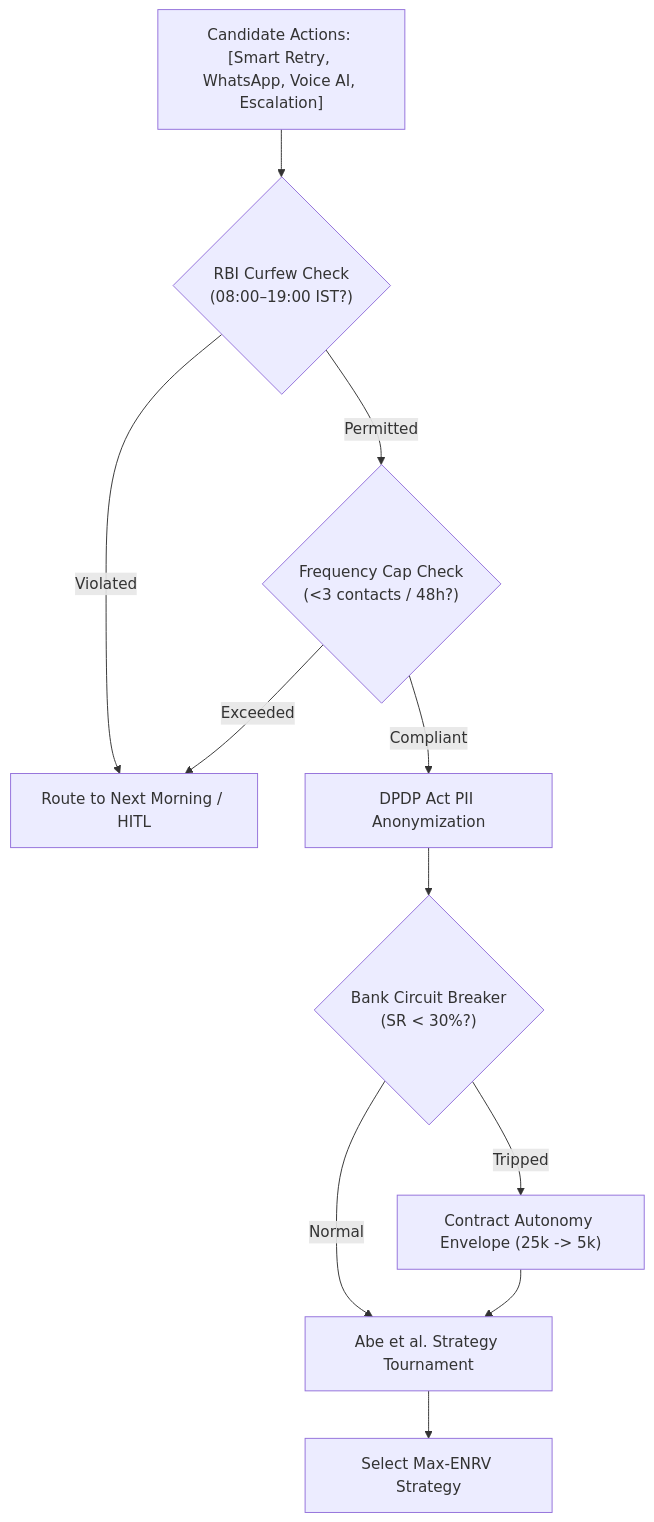
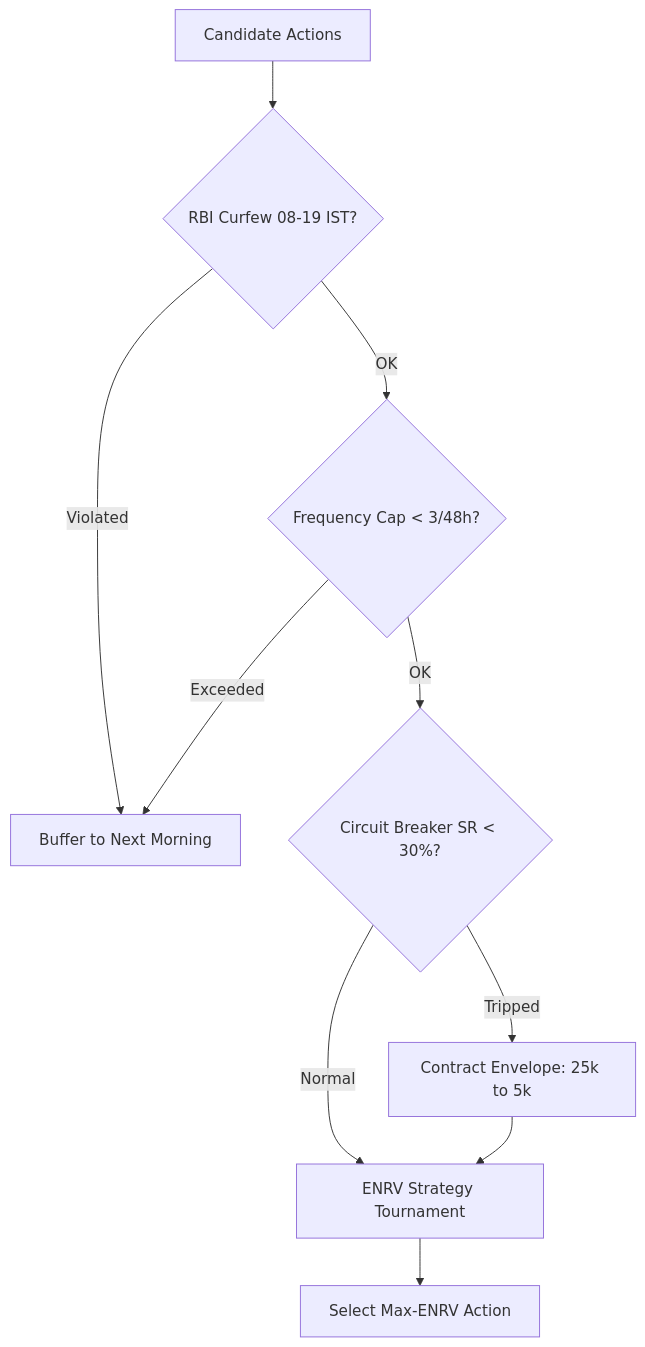
One commit to himanshu-2l/Razorpay-Recovery-Brain changed the fourth of 6 diagrams in README.md. Above: the diagram before and after it, drawn with Mermaid. The commit also changed other lines of this file, not shown here.

````diff
--- a/README.md
+++ b/README.md
@@ -206,13 +185,12 @@
 ```mermaid
 flowchart TD
-    CAND["Candidate Actions: [Smart Retry, WhatsApp, Voice AI, Escalation]"] --> FPC{"RBI Curfew Check<br/>(08:00–19:00 IST?)"}
-    FPC -->|Violated| HITL["Route to Next Morning / HITL"]
-    FPC -->|Permitted| FREQ{"Frequency Cap Check<br/>(<3 contacts / 48h?)"}
-    FREQ -->|Exceeded| HITL
-    FREQ -->|Compliant| DPDP["DPDP Act PII Anonymization"]
-    DPDP --> CB{"Bank Circuit Breaker<br/>(SR < 30%?)"}
-    CB -->|Tripped| CAP["Contract Autonomy Envelope (25k -> 5k)"]
-    CB -->|Normal| TOUR["Abe et al. Strategy Tournament"]
+    CAND["Candidate Actions"] --> FPC{"RBI Curfew 08-19 IST?"}
+    FPC -->|Violated| HOLD["Buffer to Next Morning"]
+    FPC -->|OK| FREQ{"Frequency Cap < 3/48h?"}
+    FREQ -->|Exceeded| HOLD
+    FREQ -->|OK| CB{"Circuit Breaker SR < 30%?"}
+    CB -->|Tripped| CAP["Contract Envelope: 25k to 5k"]
+    CB -->|Normal| TOUR["ENRV Strategy Tournament"]
     CAP --> TOUR
-    TOUR --> EXEC_OUT["Select Max-ENRV Strategy"]
+    TOUR --> EXEC["Select Max-ENRV Action"]
 ```
````
